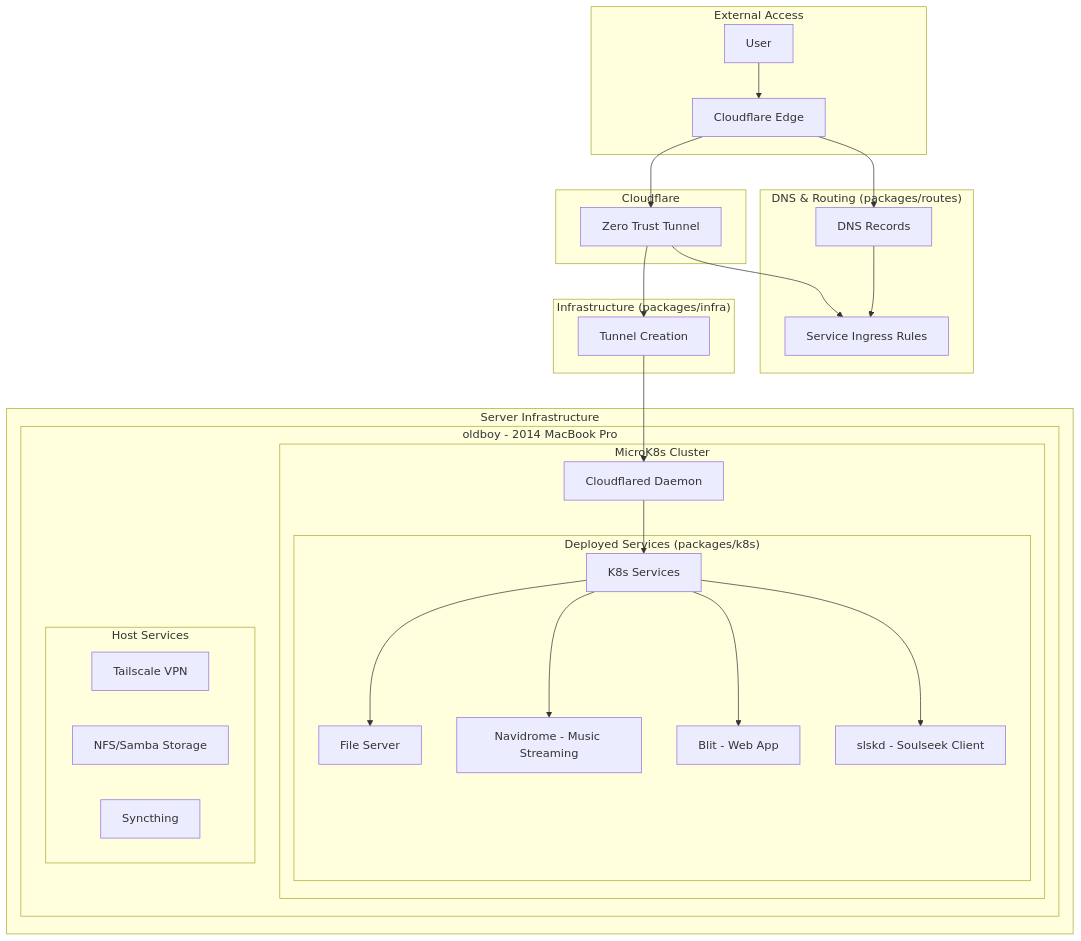
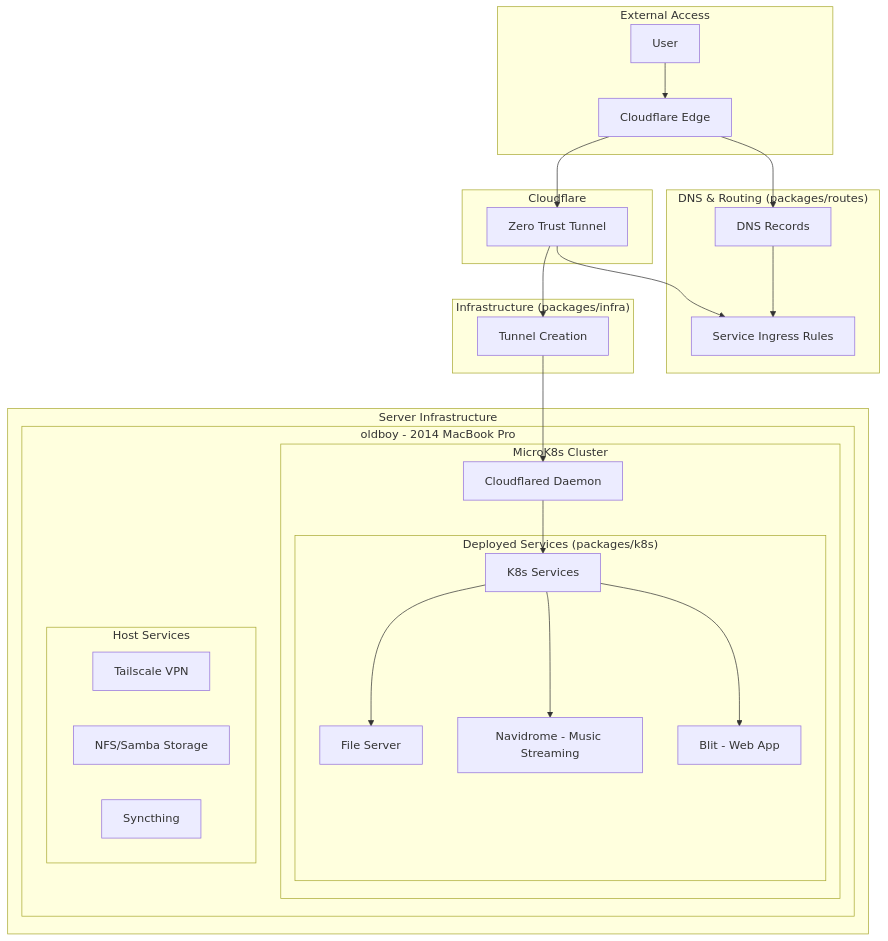
Before and after one commit to radiosilence/jaritanet: the diagram in README.md, drawn with Mermaid. The commit also changed other lines of this file and 3 other files, not shown here.

````diff
--- a/README.md
+++ b/README.md
@@ -13,43 +13,42 @@
 ```mermaid
 graph TB
     subgraph "External Access"
         User[User] --> CF[Cloudflare Edge]
     end
-    
+
     subgraph "Cloudflare"
         CF --> Tunnel[Zero Trust Tunnel]
     end
-    
+
     subgraph "Infrastructure (packages/infra)"
         Tunnel --> TunnelConfig[Tunnel Creation]
     end
-    
+
     subgraph "DNS & Routing (packages/routes)"
         CF --> DNS[DNS Records]
         Tunnel --> Ingress[Service Ingress Rules]
         DNS --> Ingress
     end
-    
+
     subgraph "Server Infrastructure"
         subgraph "oldboy - 2014 MacBook Pro"
             TunnelConfig --> Cloudflared[Cloudflared Daemon]
-            
+
             subgraph "MicroK8s Cluster"
                 Cloudflared --> Services[K8s Services]
-                
+
                 subgraph "Deployed Services (packages/k8s)"
                     Services --> FileServer[File Server]
                     Services --> Navidrome[Navidrome - Music Streaming]
                     Services --> Blit[Blit - Web App]
-                    Services --> Slskd[slskd - Soulseek Client]
                 end
             end
-            
+
             subgraph "Host Services"
                 Tailscale[Tailscale VPN]
                 Storage[NFS/Samba Storage]
                 Sync[Syncthing]
             end
         end
     end
 ```
````
